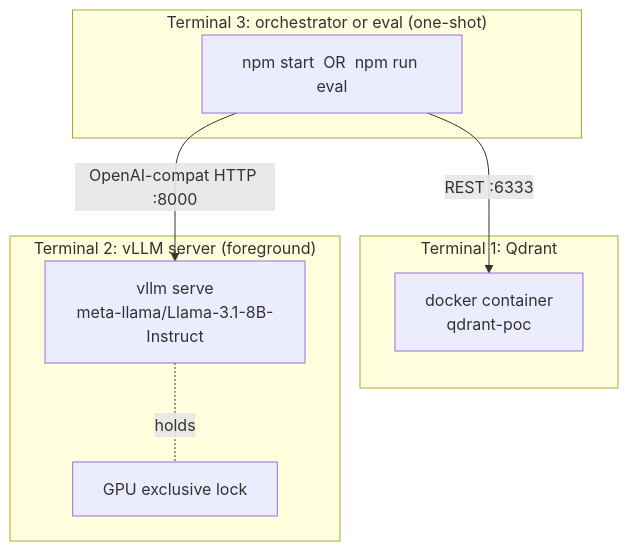
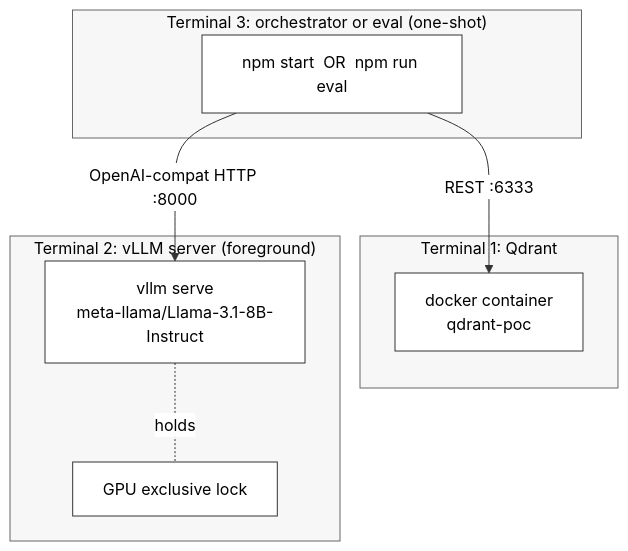
Before and after one commit to teleoric/rag-poc: the sixth of 6 diagrams in docs/architecture.md, drawn with Mermaid. The commit also changed other lines of this file and 2 other files, not shown here.

First line of the commit message:
Force readable text on Mermaid diagrams under GitHub dark mode

````diff
--- a/docs/architecture.md
+++ b/docs/architecture.md
@@ -237,16 +244,20 @@
 ```mermaid
+%%{init: {'theme':'base','themeVariables':{'primaryColor':'#ffffff','primaryTextColor':'#000000','primaryBorderColor':'#333333','lineColor':'#333333','textColor':'#000000','clusterBkg':'#f7f7f7','clusterBorder':'#666666'}}}%%
 flowchart TB
     subgraph term1["Terminal 1: Qdrant"]
         qproc["docker container<br/>qdrant-poc"]
     end
     subgraph term2["Terminal 2: vLLM server (foreground)"]
         vproc["vllm serve<br/>meta-llama/Llama-3.1-8B-Instruct"]
         vproc -.holds.- gpu1["GPU exclusive lock"]
     end
     subgraph term3["Terminal 3: orchestrator or eval (one-shot)"]
         oproc["npm start  OR  npm run eval"]
     end
 
     oproc -->|"OpenAI-compat HTTP :8000"| vproc
     oproc -->|"REST :6333"| qproc
+
+    classDef proc fill:#ffffff,stroke:#333333,stroke-width:1px,color:#000000
+    class qproc,vproc,gpu1,oproc proc
 ```
````
